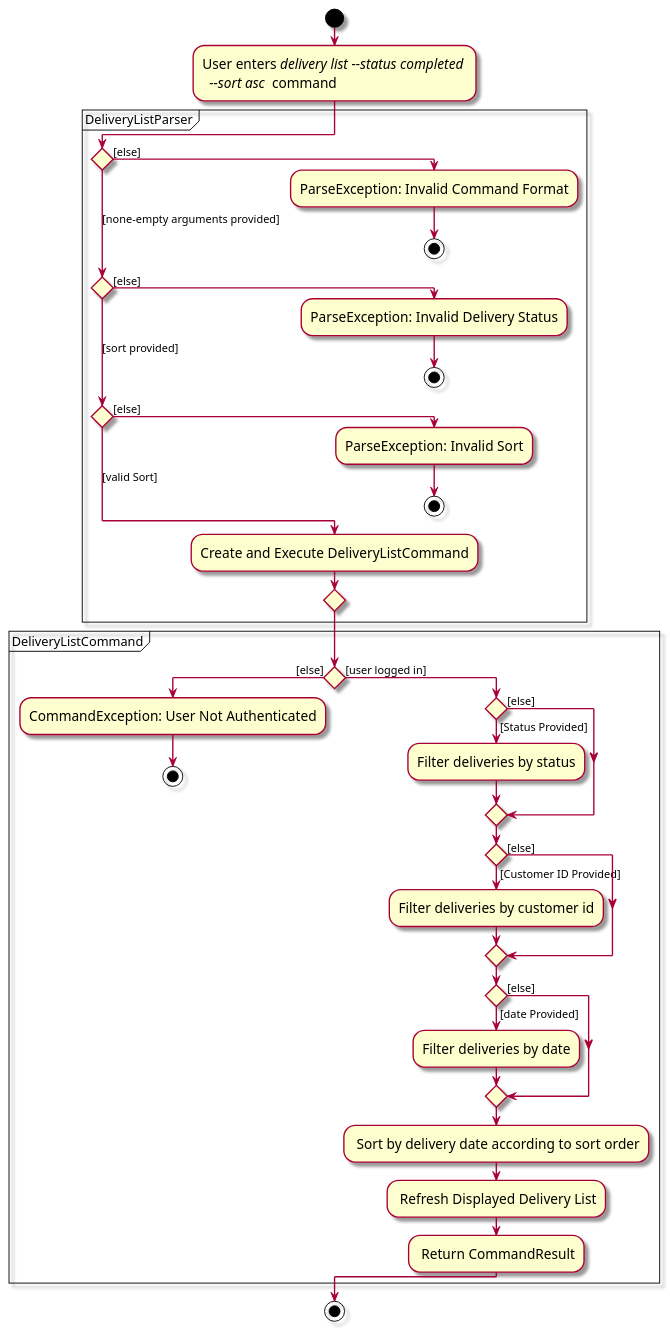
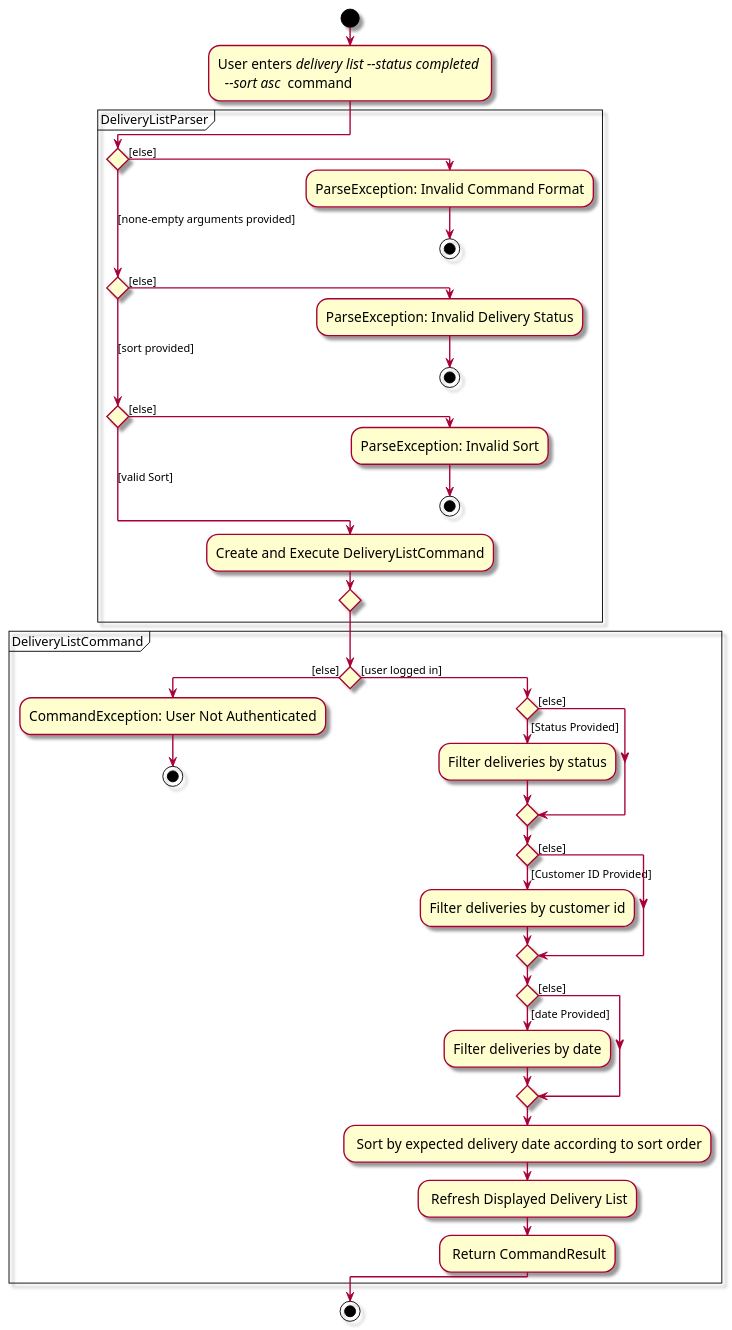
The diagram in diagrams/implementation/delivery/DeliveryListActivityDiagram.puml (zhonghan721/tp), drawn with PlantUML before and after one commit. The commit also changed 45 other files, not shown here.

```diff
--- a/diagrams/implementation/delivery/DeliveryListActivityDiagram.puml
+++ b/diagrams/implementation/delivery/DeliveryListActivityDiagram.puml
@@ -1,53 +1,53 @@
 @startuml
 skin rose
 skinparam ActivityFontSize 15
 skinparam ArrowFontSize 12
 
 !pragma useVerticalIf on
 start
 :User enters <i>delivery list --status completed \n <i> --sort asc </i> command;
 partition DeliveryListParser {
     if () then ([else])
         :ParseException: Invalid Command Format;
         stop
     ([none-empty arguments provided]) elseif () then ([else])
         :ParseException: Invalid Delivery Status;
         stop
     ([sort provided]) elseif () then ([else])
         :ParseException: Invalid Sort;
         stop
     else ([valid Sort])
         :Create and Execute DeliveryListCommand;
         endif
 }
 
 partition DeliveryListCommand {
     if () then ([else])
         :CommandException: User Not Authenticated;
         stop
     else ([user logged in])
 
     if () then ([Status Provided])
         :Filter deliveries by status;
     else ([else])
     endif
 
     if () then ([Customer ID Provided])
         :Filter deliveries by customer id;
     else ([else])
     endif
 
     if () then ([date Provided])
         :Filter deliveries by date;
     else ([else])
     endif
-        : Sort by delivery date according to sort order;
+        : Sort by expected delivery date according to sort order;
         : Refresh Displayed Delivery List;
         : Return CommandResult;
     endif
 
 }
 
 stop
 
 @enduml
```
